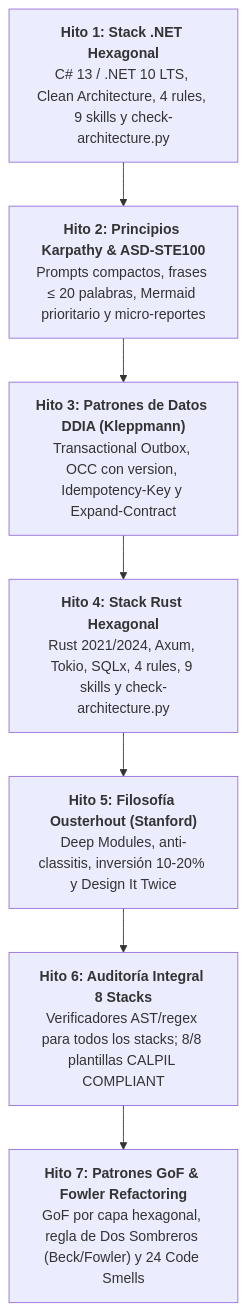
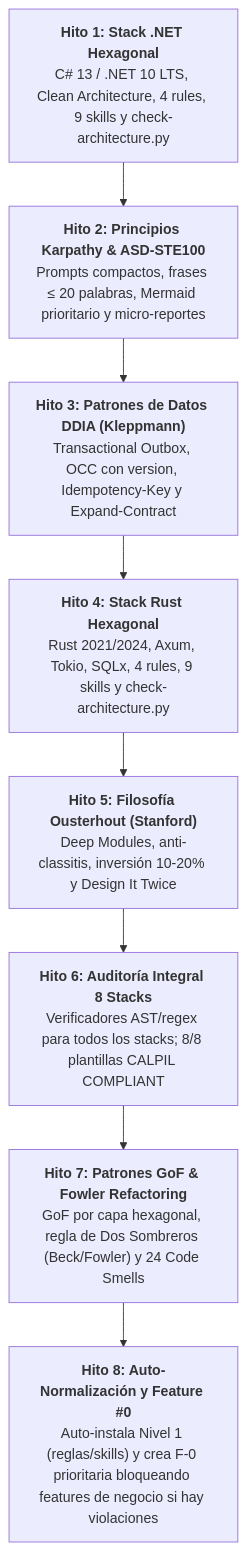
Before and after one commit to calpil/harness-flow: the diagram in docs/README.md, drawn with Mermaid. The commit also changed 9 other files, not shown here.

First line of the commit message:
feat: auto-normalizacion temprana de entorno y prioridad arquitectonica con feature 0

````diff
--- a/docs/README.md
+++ b/docs/README.md
@@ -21,12 +21,13 @@
 ```mermaid
 flowchart TD
     H1["<b>Hito 1: Stack .NET Hexagonal</b><br/>C# 13 / .NET 10 LTS, Clean Architecture, 4 rules, 9 skills y check-architecture.py"]
     H2["<b>Hito 2: Principios Karpathy & ASD-STE100</b><br/>Prompts compactos, frases &le; 20 palabras, Mermaid prioritario y micro-reportes"]
     H3["<b>Hito 3: Patrones de Datos DDIA (Kleppmann)</b><br/>Transactional Outbox, OCC con version, Idempotency-Key y Expand-Contract"]
     H4["<b>Hito 4: Stack Rust Hexagonal</b><br/>Rust 2021/2024, Axum, Tokio, SQLx, 4 rules, 9 skills y check-architecture.py"]
     H5["<b>Hito 5: Filosofía Ousterhout (Stanford)</b><br/>Deep Modules, anti-classitis, inversión 10-20% y Design It Twice"]
     H6["<b>Hito 6: Auditoría Integral 8 Stacks</b><br/>Verificadores AST/regex para todos los stacks; 8/8 plantillas CALPIL COMPLIANT"]
     H7["<b>Hito 7: Patrones GoF & Fowler Refactoring</b><br/>GoF por capa hexagonal, regla de Dos Sombreros (Beck/Fowler) y 24 Code Smells"]
+    H8["<b>Hito 8: Auto-Normalización y Feature #0</b><br/>Auto-instala Nivel 1 (reglas/skills) y crea F-0 prioritaria bloqueando features de negocio si hay violaciones"]
 
-    H1 --> H2 --> H3 --> H4 --> H5 --> H6 --> H7
+    H1 --> H2 --> H3 --> H4 --> H5 --> H6 --> H7 --> H8
 ```
````
